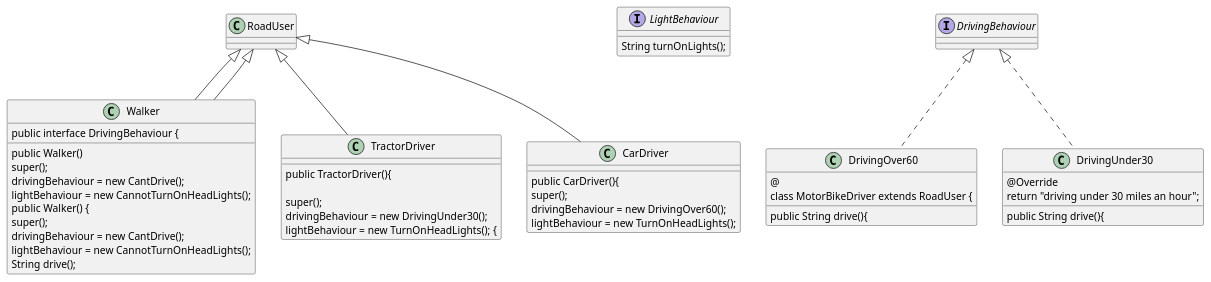
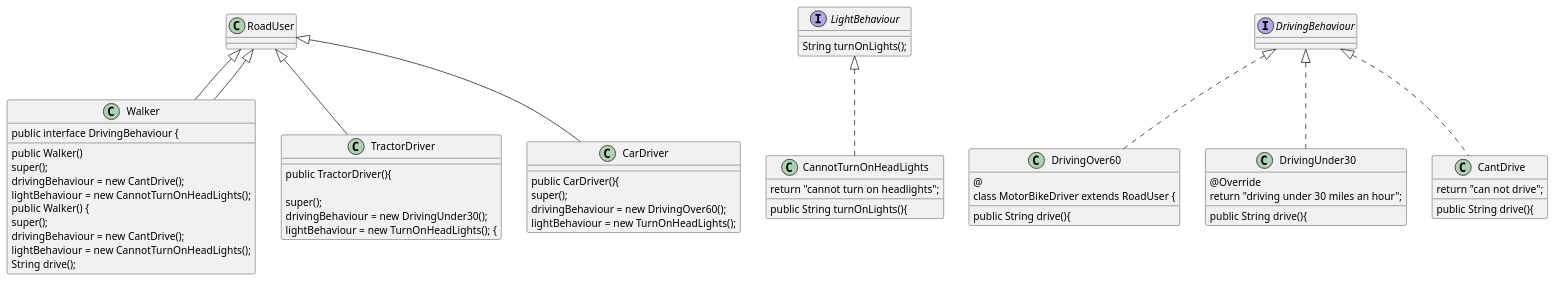
Before and after one commit to DeclanBU/Design_Patterns_Project: the diagram in plantUmlDiagrams/Strategy.puml, drawn with PlantUML. The commit also changed 2 other files, not shown here.

```diff
--- a/plantUmlDiagrams/Strategy.puml
+++ b/plantUmlDiagrams/Strategy.puml
@@ -1,58 +1,71 @@
 @startuml
 
  class Walker extends RoadUser {
 
    public Walker()
        super();
        drivingBehaviour = new CantDrive();
        lightBehaviour = new CannotTurnOnHeadLights();
 
 
 }
  class TractorDriver extends RoadUser {
 
 
     public TractorDriver(){
 
         super();
     drivingBehaviour = new DrivingUnder30();
     lightBehaviour = new TurnOnHeadLights(); {
 }
  class CarDriver extends RoadUser {
 
     public CarDriver(){
         super();
         drivingBehaviour = new DrivingOver60();
         lightBehaviour = new TurnOnHeadLights();
 
 }
  interface LightBehaviour {
     String turnOnLights();
 }
  class DrivingOver60 implements DrivingBehaviour {
 
     @
     public String drive(){
   class MotorBikeDriver extends RoadUser {
 
 }
  class DrivingUnder30 implements DrivingBehaviour {
 
     @Override
     public String drive(){
         return "driving under 30 miles an hour";
 
 }
  class Walker extends RoadUser {
 
    public Walker() {
        super();
        drivingBehaviour = new CantDrive();
        lightBehaviour = new CannotTurnOnHeadLights();
 
        public interface DrivingBehaviour {
            String drive();
 
 
    }
+   class CannotTurnOnHeadLights implements LightBehaviour {
+
+
+       public String turnOnLights(){
+           return "cannot turn on headlights";
+
+   }
+   class CantDrive implements DrivingBehaviour {
+
+       public String drive(){
+           return "can not drive";
+
+   }
 @enduml
```
